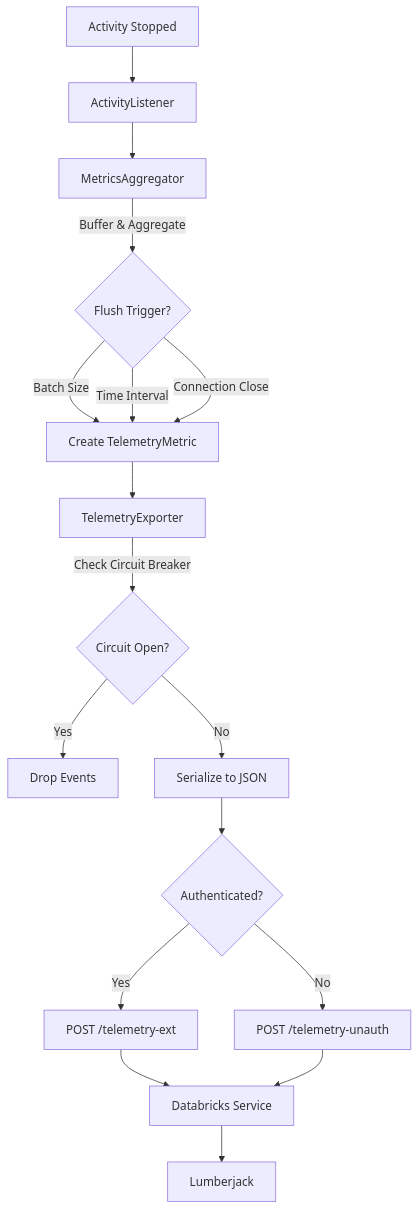
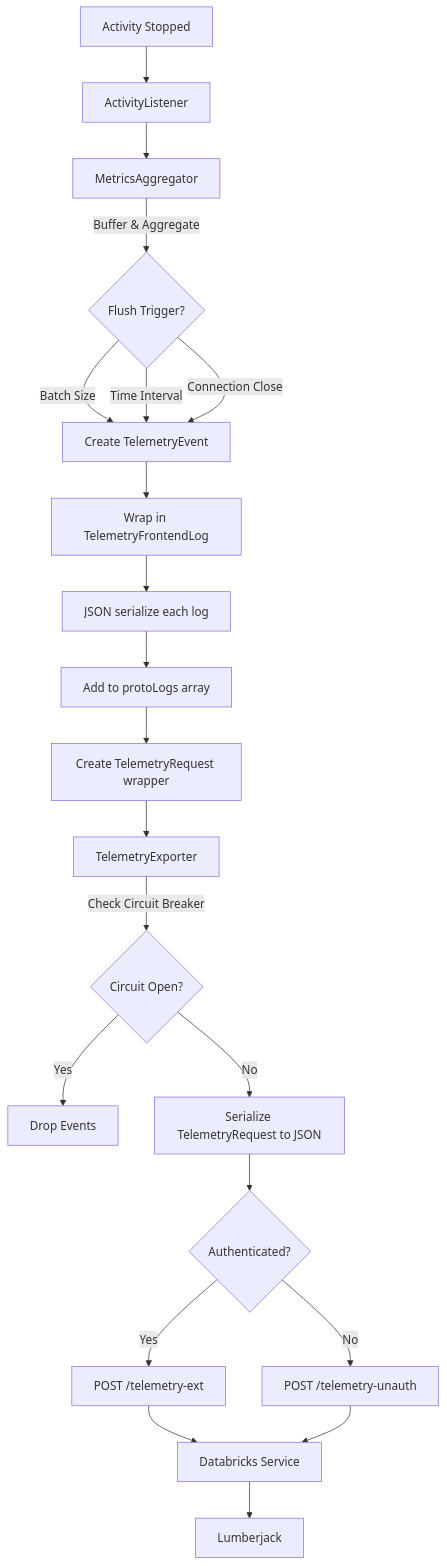
The fifth of 8 diagrams in csharp/doc/telemetry-design.md (adbc-drivers/databricks), drawn with Mermaid before and after one commit. The commit also changed other lines of this file and 2 other files, not shown here.

````diff
--- a/csharp/doc/telemetry-design.md
+++ b/csharp/doc/telemetry-design.md
@@ -976,23 +1002,28 @@
 ```mermaid
 flowchart TD
     A[Activity Stopped] --> B[ActivityListener]
     B --> C[MetricsAggregator]
     C -->|Buffer & Aggregate| D{Flush Trigger?}
 
-    D -->|Batch Size| E[Create TelemetryMetric]
+    D -->|Batch Size| E[Create TelemetryEvent]
     D -->|Time Interval| E
     D -->|Connection Close| E
 
-    E --> F[TelemetryExporter]
-    F -->|Check Circuit Breaker| G{Circuit Open?}
-    G -->|Yes| H[Drop Events]
-    G -->|No| I[Serialize to JSON]
+    E --> F[Wrap in TelemetryFrontendLog]
+    F --> G[JSON serialize each log]
+    G --> H[Add to protoLogs array]
+    H --> I[Create TelemetryRequest wrapper]
 
-    I --> J{Authenticated?}
-    J -->|Yes| K[POST /telemetry-ext]
-    J -->|No| L[POST /telemetry-unauth]
+    I --> J[TelemetryExporter]
+    J -->|Check Circuit Breaker| K{Circuit Open?}
+    K -->|Yes| L[Drop Events]
+    K -->|No| M[Serialize TelemetryRequest to JSON]
 
-    K --> M[Databricks Service]
-    L --> M
-    M --> N[Lumberjack]
+    M --> N{Authenticated?}
+    N -->|Yes| O[POST /telemetry-ext]
+    N -->|No| P[POST /telemetry-unauth]
+
+    O --> Q[Databricks Service]
+    P --> Q
+    Q --> R[Lumberjack]
 ```
````
